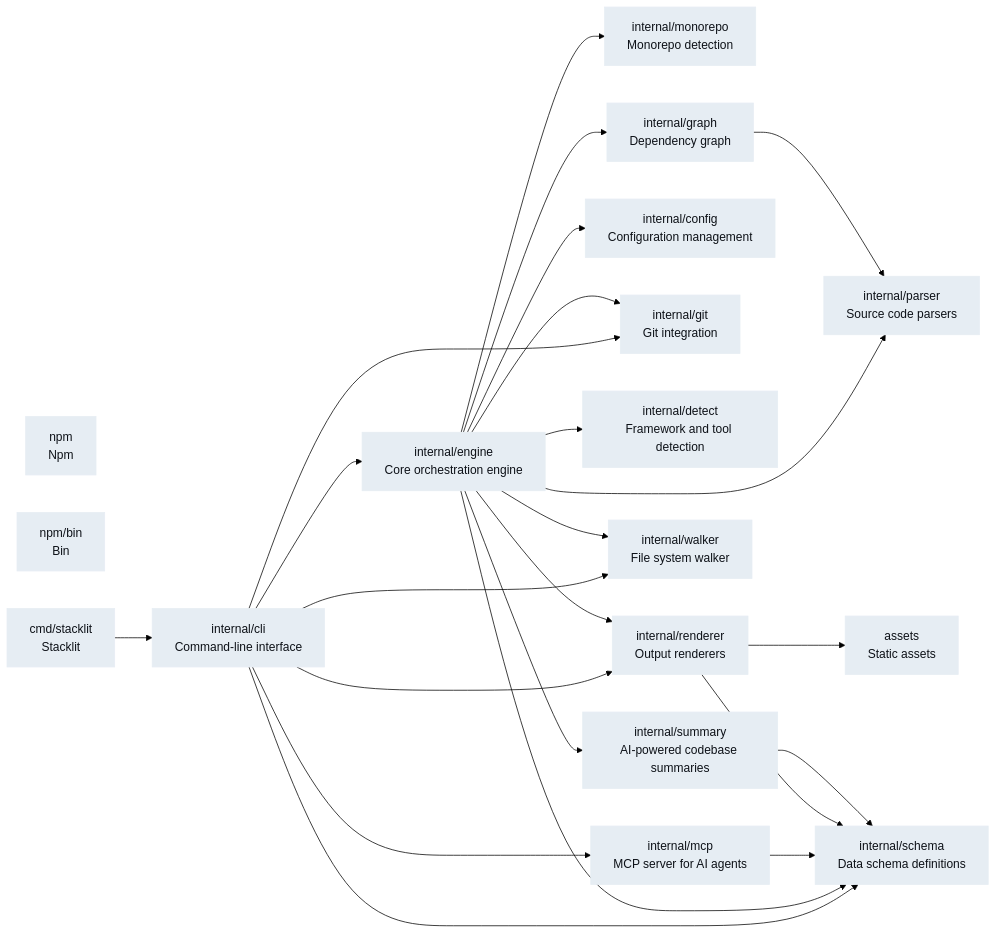
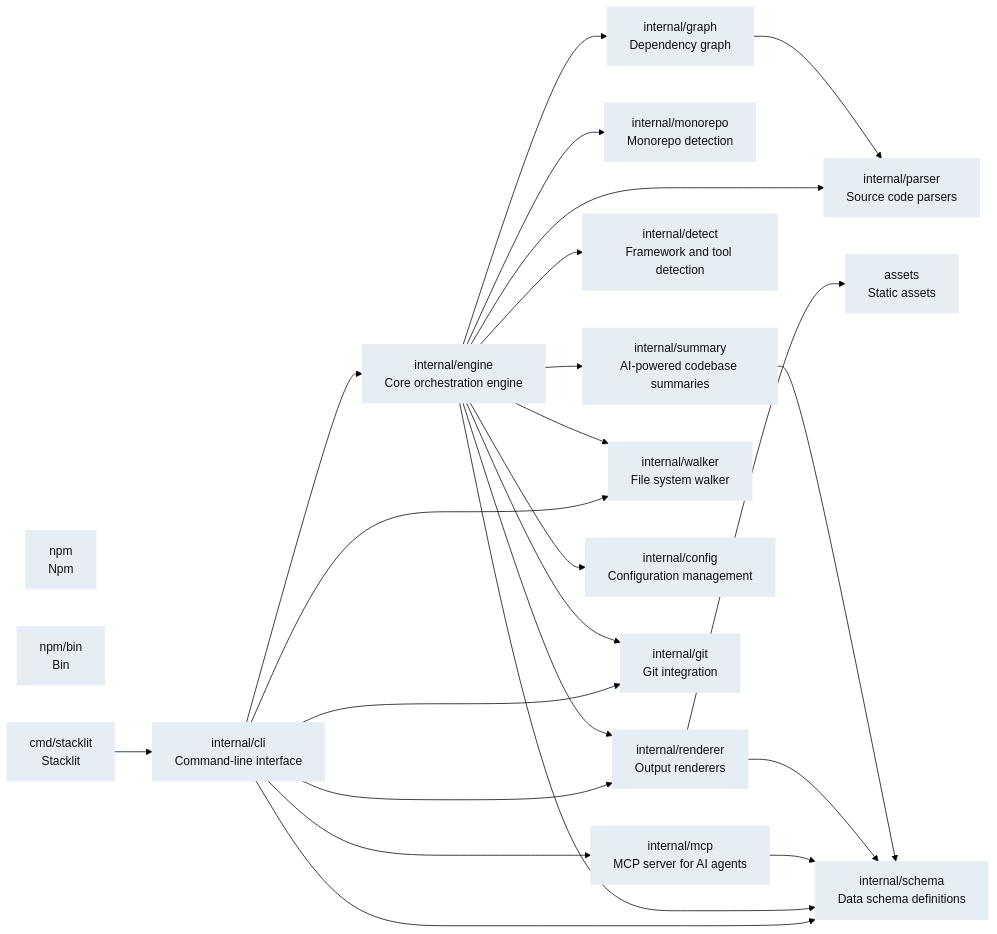
The diagram in stacklit.mmd (atharvasingh7007/stacklit), drawn with Mermaid (forest theme) before and after one commit. The commit also changed other lines of this file and 6 other files, not shown here.

First line of the commit message:
feat: list_modules MCP tool, cache invalidation, table search, demo GIF

```diff
--- a/stacklit.mmd
+++ b/stacklit.mmd
@@ -1,46 +1,46 @@
 graph LR
+  classDef typescript fill:#c9d1d9,color:#0d1117,stroke:#c9d1d9
   classDef python fill:#b1bac4,color:#0d1117,stroke:#b1bac4
   classDef rust fill:#a5b3bf,color:#0d1117,stroke:#a5b3bf
   classDef go fill:#e6edf3,color:#0d1117,stroke:#e6edf3
   classDef javascript fill:#c9d1d9,color:#0d1117,stroke:#c9d1d9
   classDef java fill:#8b949e,color:#0d1117,stroke:#8b949e
-  classDef typescript fill:#c9d1d9,color:#0d1117,stroke:#c9d1d9
+  internal_mcp["internal/mcp\nMCP server for AI agents"]:::go
+  internal_monorepo["internal/monorepo\nMonorepo detection"]:::go
+  internal_renderer["internal/renderer\nOutput renderers"]:::go
+  npm["npm\nNpm"]:::go
+  npm_bin["npm/bin\nBin"]:::go
+  internal_cli["internal/cli\nCommand-line interface"]:::go
+  internal_detect["internal/detect\nFramework and tool detection"]:::go
+  cmd_stacklit["cmd/stacklit\nStacklit"]:::go
+  internal_schema["internal/schema\nData schema definitions"]:::go
   assets["assets\nStatic assets"]:::go
   internal_engine["internal/engine\nCore orchestration engine"]:::go
-  internal_monorepo["internal/monorepo\nMonorepo detection"]:::go
+  internal_parser["internal/parser\nSource code parsers"]:::go
   internal_summary["internal/summary\nAI-powered codebase summaries"]:::go
-  internal_cli["internal/cli\nCommand-line interface"]:::go
+  internal_walker["internal/walker\nFile system walker"]:::go
   internal_config["internal/config\nConfiguration management"]:::go
   internal_git["internal/git\nGit integration"]:::go
-  internal_parser["internal/parser\nSource code parsers"]:::go
-  internal_schema["internal/schema\nData schema definitions"]:::go
-  npm["npm\nNpm"]:::go
-  internal_detect["internal/detect\nFramework and tool detection"]:::go
-  internal_mcp["internal/mcp\nMCP server for AI agents"]:::go
-  internal_walker["internal/walker\nFile system walker"]:::go
-  npm_bin["npm/bin\nBin"]:::go
-  cmd_stacklit["cmd/stacklit\nStacklit"]:::go
   internal_graph["internal/graph\nDependency graph"]:::go
-  internal_renderer["internal/renderer\nOutput renderers"]:::go
   cmd_stacklit --> internal_cli
   internal_cli --> internal_engine
   internal_cli --> internal_git
   internal_cli --> internal_mcp
   internal_cli --> internal_renderer
   internal_cli --> internal_schema
   internal_cli --> internal_walker
   internal_engine --> internal_config
   internal_engine --> internal_detect
   internal_engine --> internal_git
   internal_engine --> internal_graph
   internal_engine --> internal_monorepo
   internal_engine --> internal_parser
   internal_engine --> internal_renderer
   internal_engine --> internal_schema
   internal_engine --> internal_summary
   internal_engine --> internal_walker
   internal_graph --> internal_parser
   internal_mcp --> internal_schema
   internal_renderer --> assets
   internal_renderer --> internal_schema
   internal_summary --> internal_schema
```
